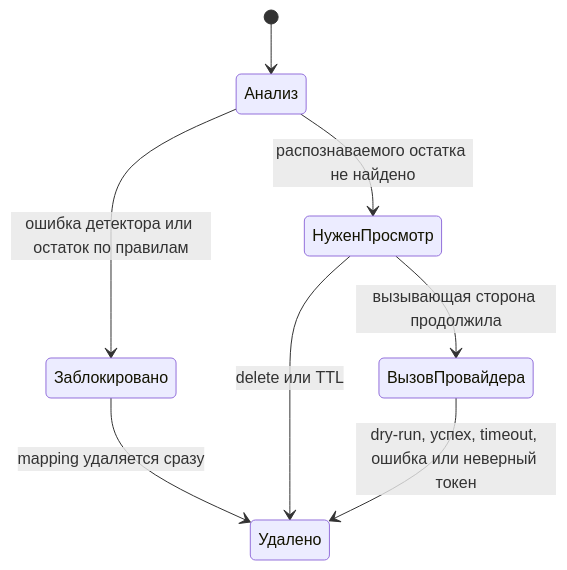
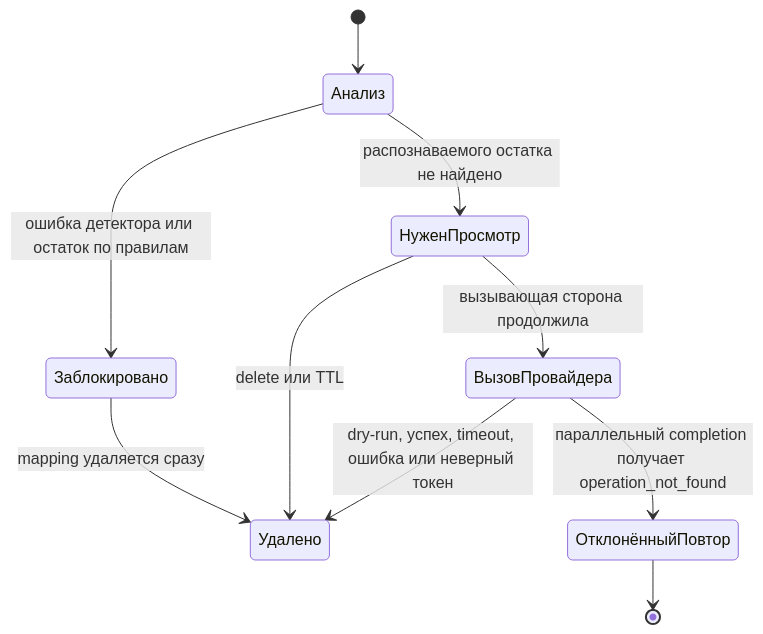
Before and after one commit to AI-Danil/pii-airlock: the diagram in docs/architecture.ru.md, drawn with Mermaid. The commit also changed other lines of this file and 32 other files, not shown here.

````diff
--- a/docs/architecture.ru.md
+++ b/docs/architecture.ru.md
@@ -19,10 +21,12 @@
 ```mermaid
 stateDiagram-v2
     [*] --> Анализ
     Анализ --> Заблокировано: ошибка детектора или остаток по правилам
     Анализ --> НуженПросмотр: распознаваемого остатка не найдено
     Заблокировано --> Удалено: mapping удаляется сразу
     НуженПросмотр --> Удалено: delete или TTL
     НуженПросмотр --> ВызовПровайдера: вызывающая сторона продолжила
+    ВызовПровайдера --> ОтклонённыйПовтор: параллельный completion получает operation_not_found
     ВызовПровайдера --> Удалено: dry-run, успех, timeout, ошибка или неверный токен
+    ОтклонённыйПовтор --> [*]
 ```
````
